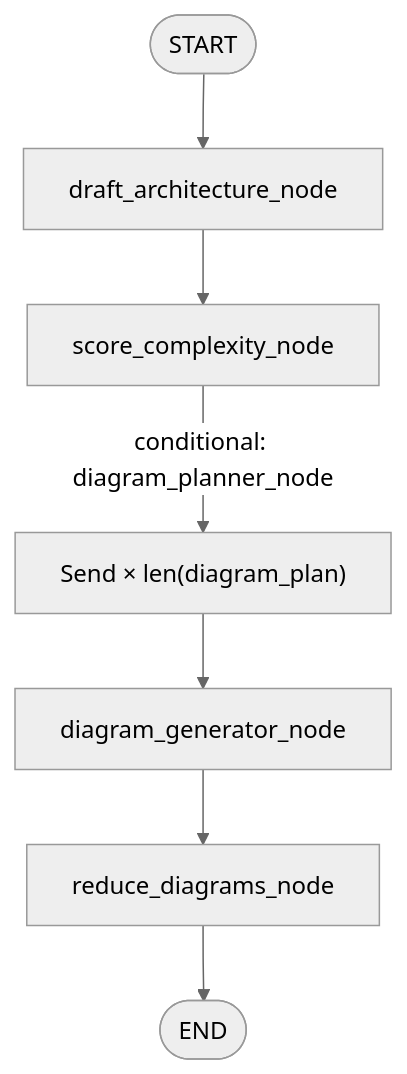
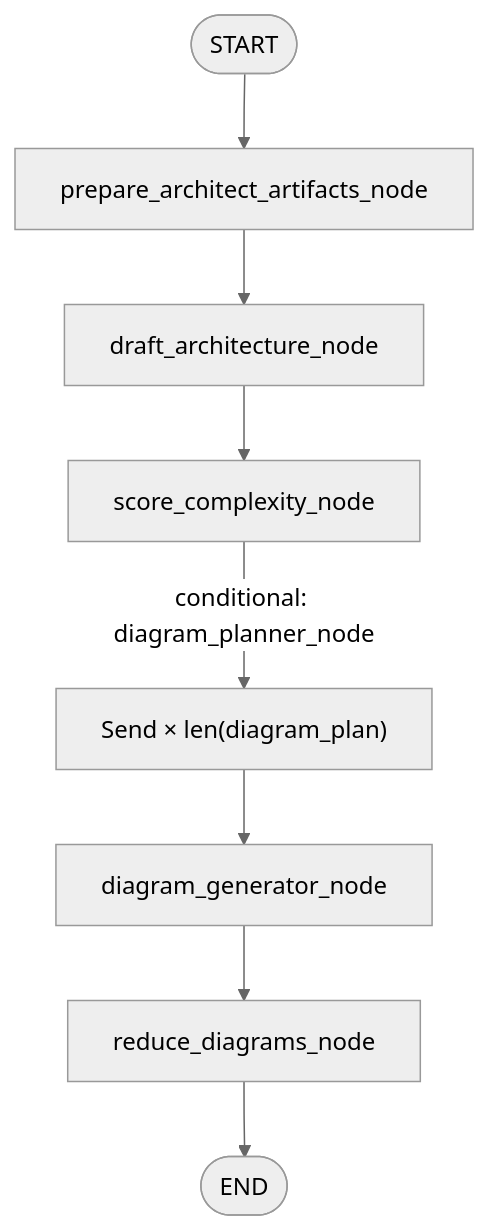
Before and after one commit to ahsanfarooq210/ai-saas-genius: the diagram in ai-backend/docs/flows/phase-7-flow.md, drawn with Mermaid (neutral theme). The commit also changed other lines of this file and 15 other files, not shown here.

First line of the commit message:
Enhance documentation and state management for swarm graph architecture

````diff
--- a/ai-backend/docs/flows/phase-7-flow.md
+++ b/ai-backend/docs/flows/phase-7-flow.md
@@ -17,9 +17,10 @@
 ```mermaid
 flowchart TB
-    START([START]) --> DA[draft_architecture_node]
+    START([START]) --> PREP[prepare_architect_artifacts_node]
+    PREP --> DA[draft_architecture_node]
     DA --> SC[score_complexity_node]
     SC -->|conditional: diagram_planner_node| FAN["Send × len(diagram_plan)"]
     FAN --> DG[diagram_generator_node]
     DG --> RD[reduce_diagrams_node]
     RD --> END([END])
 ```
````
